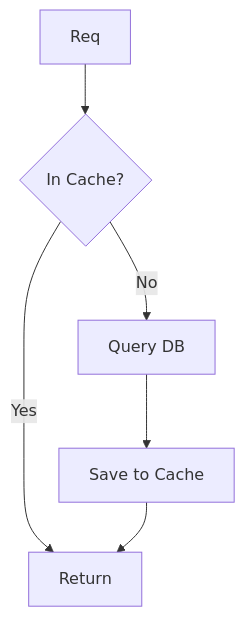
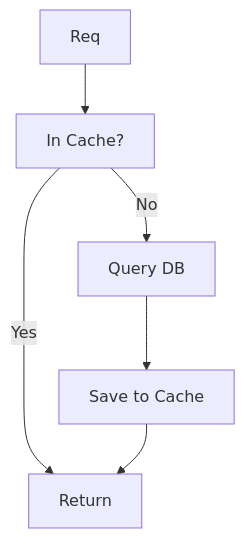
Diagram 47 of 50 in diagrams/50-comprehensive-diagrams.md (subhashladumor1/laravel-mastery-roadmap), drawn with Mermaid before and after one commit. The commit also changed other lines of this file and 3 other files, not shown here.

First line of the commit message:
diagrams

````diff
--- a/diagrams/50-comprehensive-diagrams.md
+++ b/diagrams/50-comprehensive-diagrams.md
@@ -481,8 +481,8 @@
 ```mermaid
 graph TD
-    Req --> Cache{In Cache?}
+    Req --> Cache[In Cache?]
     Cache -->|Yes| Return
     Cache -->|No| DB[Query DB]
     DB --> Save[Save to Cache]
     Save --> Return
 ```
````
